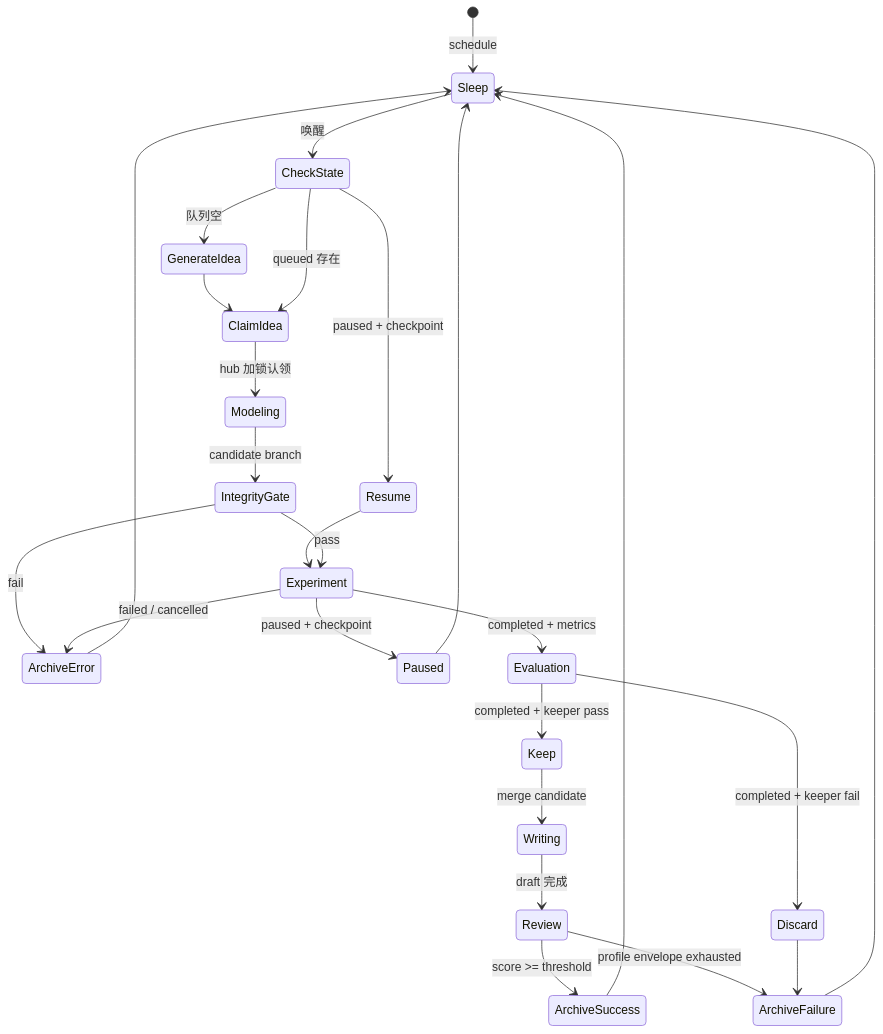
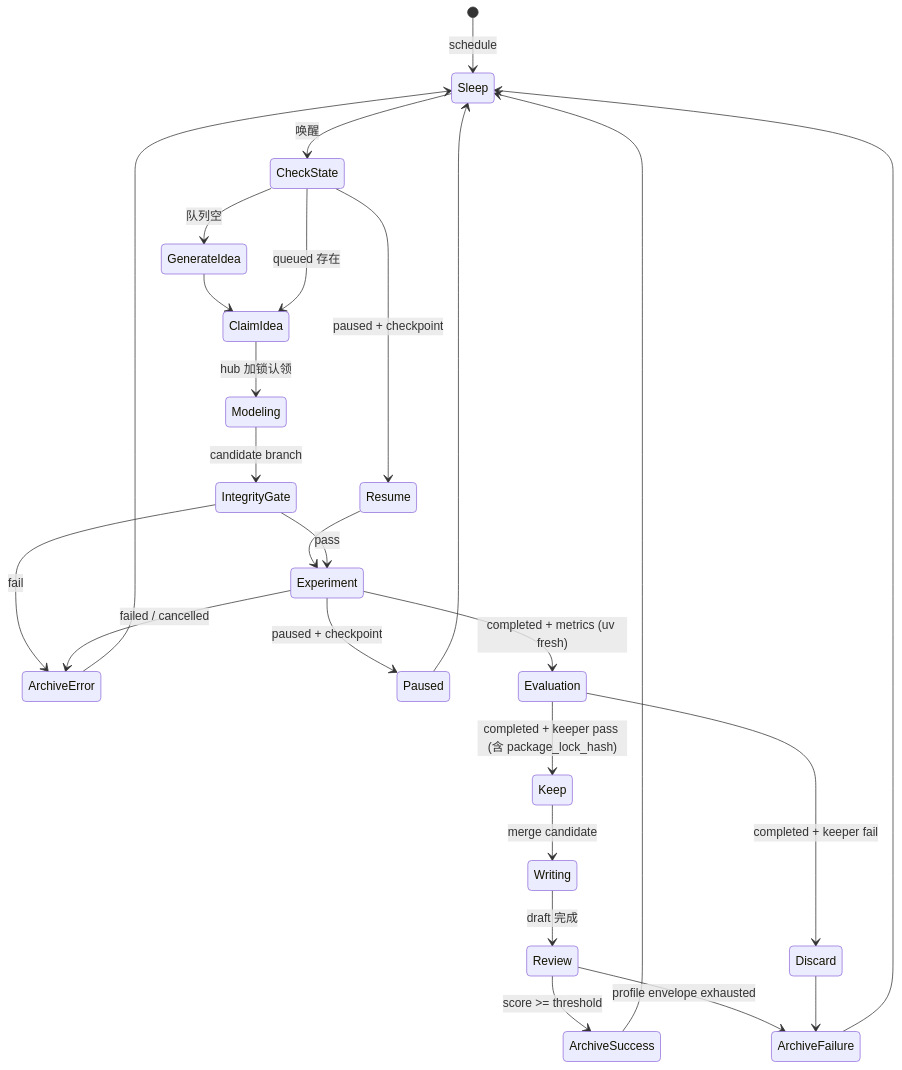
One commit to dbydd/research-flywheel changed the third of 3 diagrams in template/02-harness-wiring.md. Above: the diagram before and after it, drawn with Mermaid. The commit also changed other lines of this file and 19 other files, not shown here.

````diff
--- a/template/02-harness-wiring.md
+++ b/template/02-harness-wiring.md
@@ -263,28 +278,28 @@
 ```mermaid
 stateDiagram-v2
     [*] --> Sleep: schedule
     Sleep --> CheckState: 唤醒
     CheckState --> Resume: paused + checkpoint
     CheckState --> GenerateIdea: 队列空
     GenerateIdea --> ClaimIdea
     CheckState --> ClaimIdea: queued 存在
     Resume --> Experiment
     ClaimIdea --> Modeling: hub 加锁认领
     Modeling --> IntegrityGate: candidate branch
     IntegrityGate --> Experiment: pass
     IntegrityGate --> ArchiveError: fail
     Experiment --> Paused: paused + checkpoint
     Paused --> Sleep
-    Experiment --> Evaluation: completed + metrics
+    Experiment --> Evaluation: completed + metrics (uv fresh)
     Experiment --> ArchiveError: failed / cancelled
-    Evaluation --> Keep: completed + keeper pass
+    Evaluation --> Keep: completed + keeper pass (含 package_lock_hash)
     Evaluation --> Discard: completed + keeper fail
     Keep --> Writing: merge candidate
     Writing --> Review: draft 完成
     Review --> ArchiveSuccess: score >= threshold
     Review --> ArchiveFailure: profile envelope exhausted
     Discard --> ArchiveFailure
     ArchiveError --> Sleep
     ArchiveSuccess --> Sleep
     ArchiveFailure --> Sleep
 ```
````
